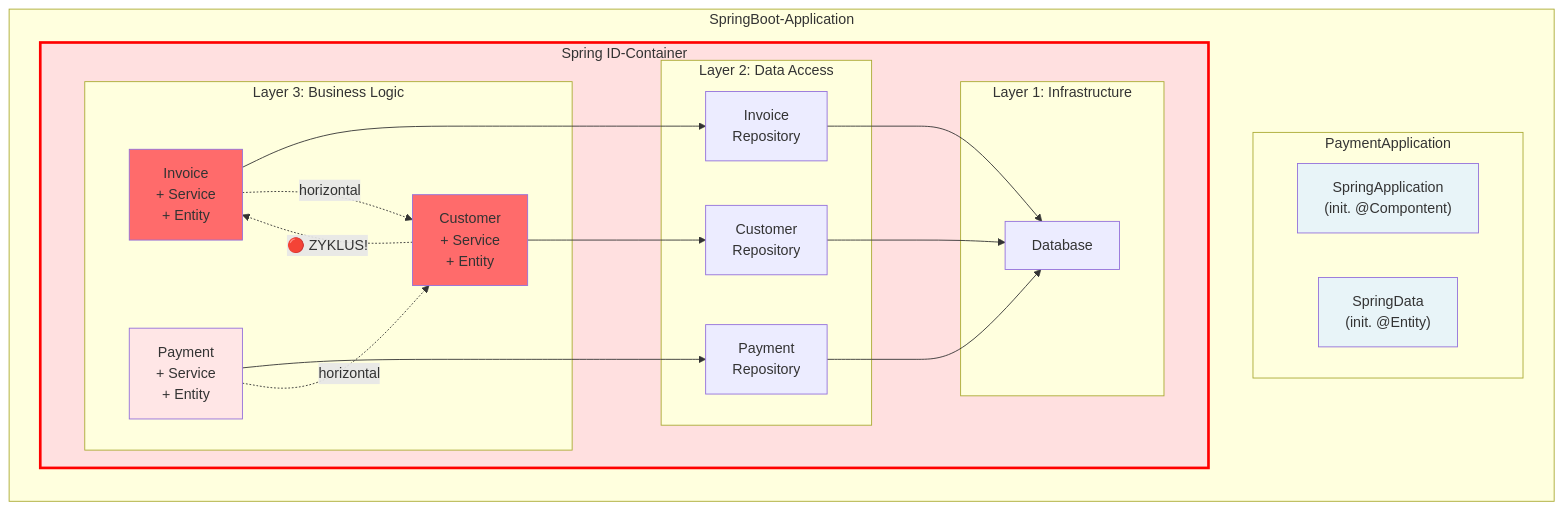
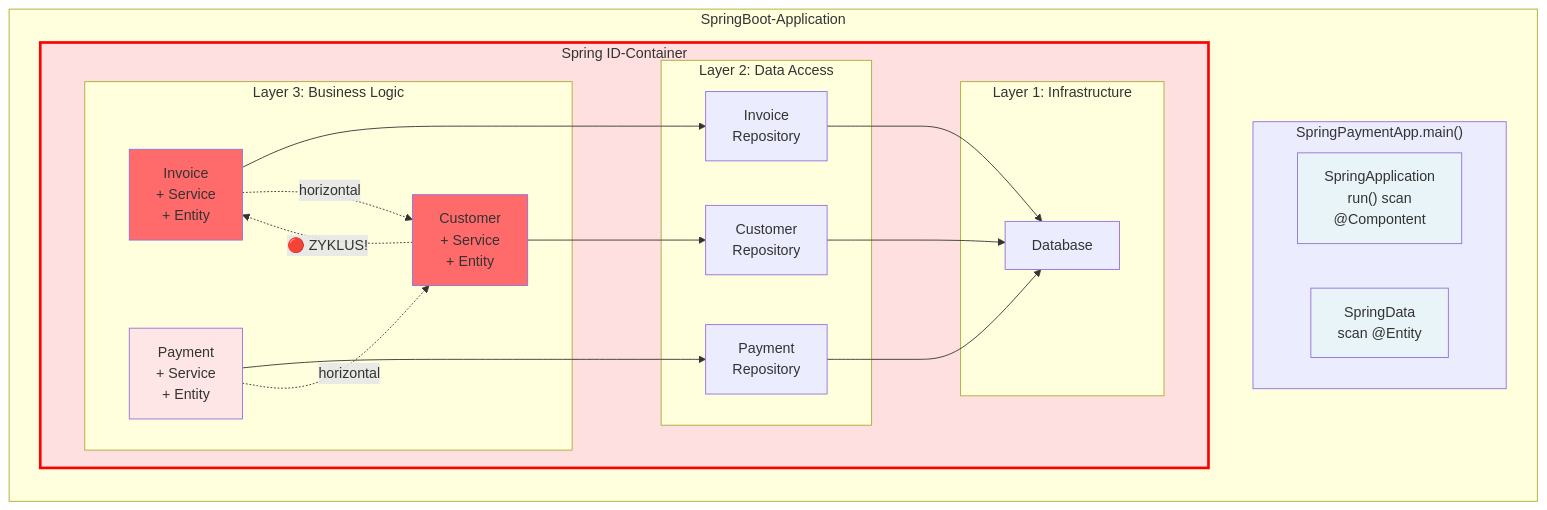
One commit to andreas-wagner-dev/object-oriented-learning-journey changed the third of 5 diagrams in blog/_draft/000_notes.md. Above: the diagram before and after it, drawn with Mermaid. The commit also changed other lines of this file, not shown here.

````diff
--- a/blog/_draft/000_notes.md
+++ b/blog/_draft/000_notes.md
@@ -194,52 +186,53 @@
 ```mermaid
 graph LR
 
     subgraph Spring["SpringBoot-Application"]
 
-        subgraph Magic["PaymentApplication"]
-            App["SpringApplication<br>(init. @Compontent)"]
-            ORM["SpringData<br>(init. @Entity)"]
+        subgraph Magic["SpringPaymentApp.main()"]
+            App["SpringApplication<br>run() scan<br/>@Compontent"]
+            ORM["SpringData<br>scan @Entity"]
         end
 
         subgraph Container["Spring ID-Container"]
     
             subgraph L3["Layer 3: Business Logic"]
                 Invoice["Invoice<br/>+ Service<br/>+ Entity"]
                 Payment["Payment<br/>+ Service<br/>+ Entity"]
                 Customer["Customer<br/>+ Service<br/>+ Entity"]
             end
             
             subgraph L2["Layer 2: Data Access"]
                 InvoiceRepo[Invoice<br/>Repository]
                 PaymentRepo[Payment<br/>Repository]
                 CustomerRepo[Customer<br/>Repository]
             end
             
             subgraph L1["Layer 1: Infrastructure"]
                 DB[Database]
             end
 
         end
 
     end
 
     Invoice --> InvoiceRepo
     Invoice -.->|horizontal| Customer
     
     Payment --> PaymentRepo
     Payment -.->|horizontal| Customer
     
     Customer --> CustomerRepo
     Customer -.->|🔴 ZYKLUS!| Invoice
     
     InvoiceRepo --> DB
     PaymentRepo --> DB
     CustomerRepo --> DB
 
     style Invoice fill:#ff6b6b
     style Customer fill:#ff6b6b
     style Payment fill:#ffe6e6
     style App fill:#e8f4f8
     style ORM fill:#e8f4f8
     style Container fill:#ffe0e0,stroke:#ff0000,stroke-width:3px
+    style Magic fill:#ececff,stroke:#9370db
 ```
````
